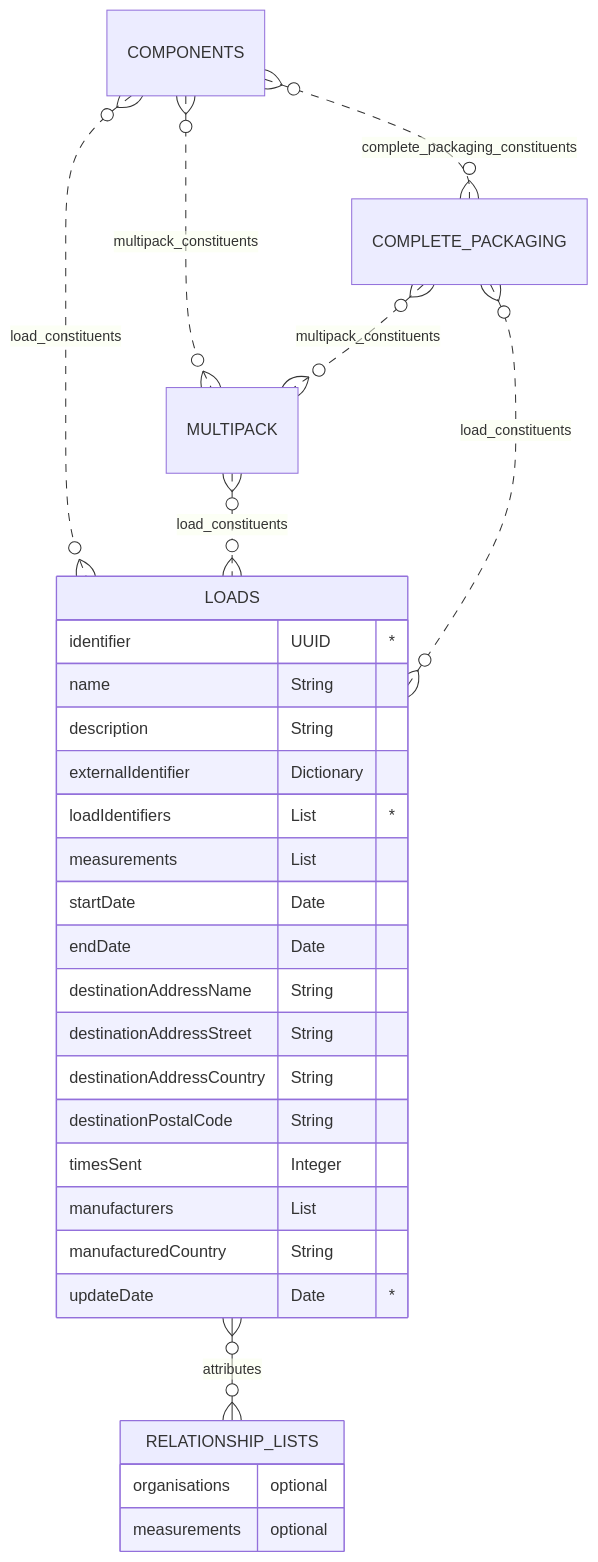
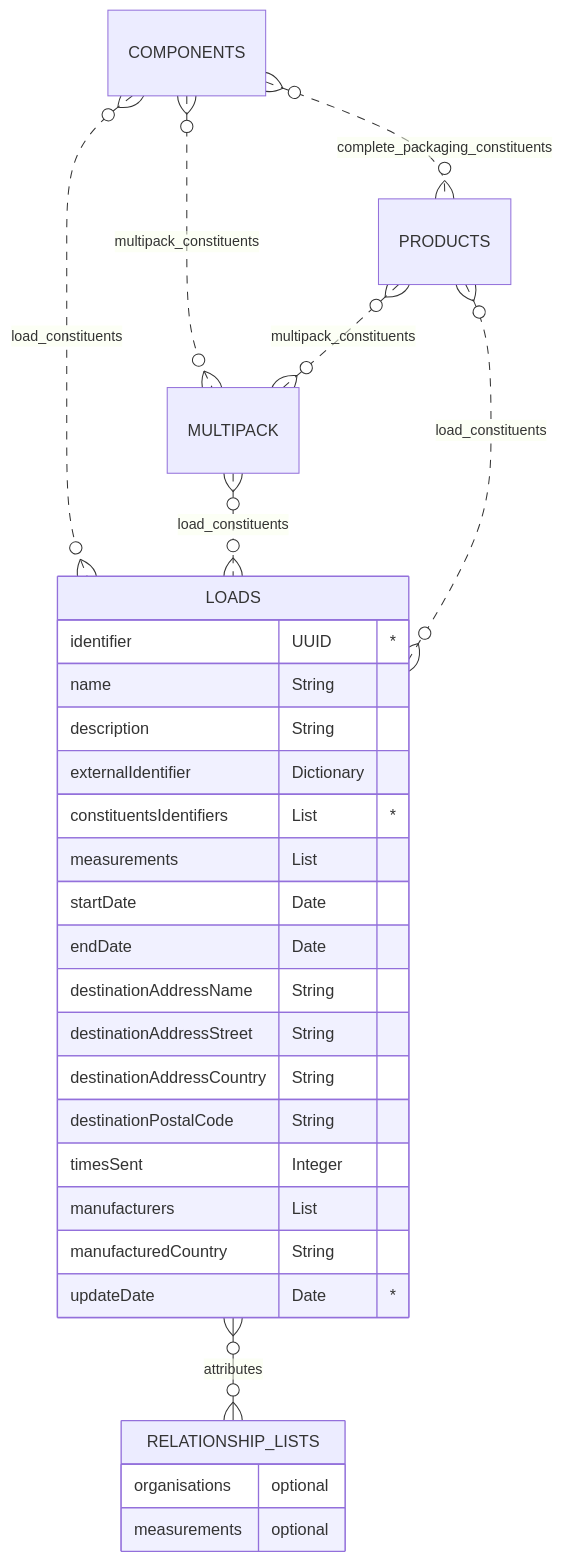
One commit to OpenDataManchester/OSTFD changed the diagram in docs/schema/loads.md. Above: the diagram before and after it, drawn with Mermaid. The commit also changed other lines of this file and 46 other files, not shown here.

````diff
--- a/docs/schema/loads.md
+++ b/docs/schema/loads.md
@@ -35,32 +35,32 @@
 ``` mermaid
 erDiagram
 COMPONENTS }o..o{ LOADS : load_constituents
 MULTIPACK }o..o{ LOADS : load_constituents
 COMPONENTS }o..o{ MULTIPACK : multipack_constituents
-COMPLETE_PACKAGING }o..o{ MULTIPACK : multipack_constituents
-COMPLETE_PACKAGING }o..o{ LOADS : load_constituents
-COMPONENTS }o..o{ COMPLETE_PACKAGING : complete_packaging_constituents
+PRODUCTS }o..o{ MULTIPACK : multipack_constituents
+PRODUCTS }o..o{ LOADS : load_constituents
+COMPONENTS }o..o{ PRODUCTS : complete_packaging_constituents
   LOADS {
     identifier UUID "*"
     name String
     description String
     externalIdentifier Dictionary
-    loadIdentifiers List "*"
+    constituentsIdentifiers List "*"
     measurements List
     startDate Date
     endDate Date
     destinationAddressName String
     destinationAddressStreet String
     destinationAddressCountry String
     destinationPostalCode String
     timesSent Integer
     manufacturers List
     manufacturedCountry String
     updateDate Date "*"
   }
   LOADS }o--o{ RELATIONSHIP_LISTS : attributes
   RELATIONSHIP_LISTS {
       organisations optional
       measurements optional
     }
 ```
````
